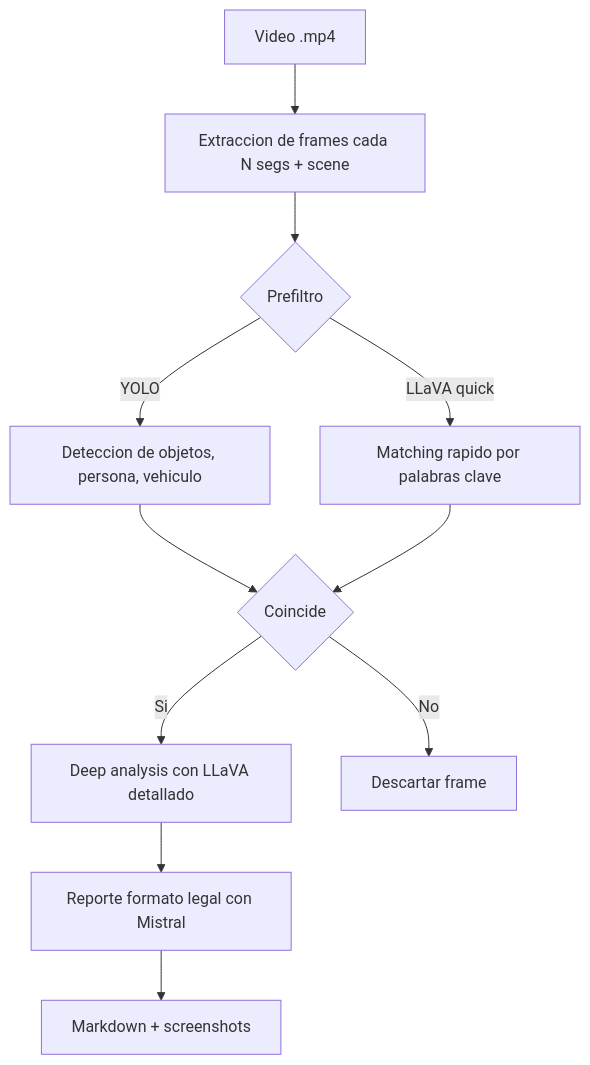
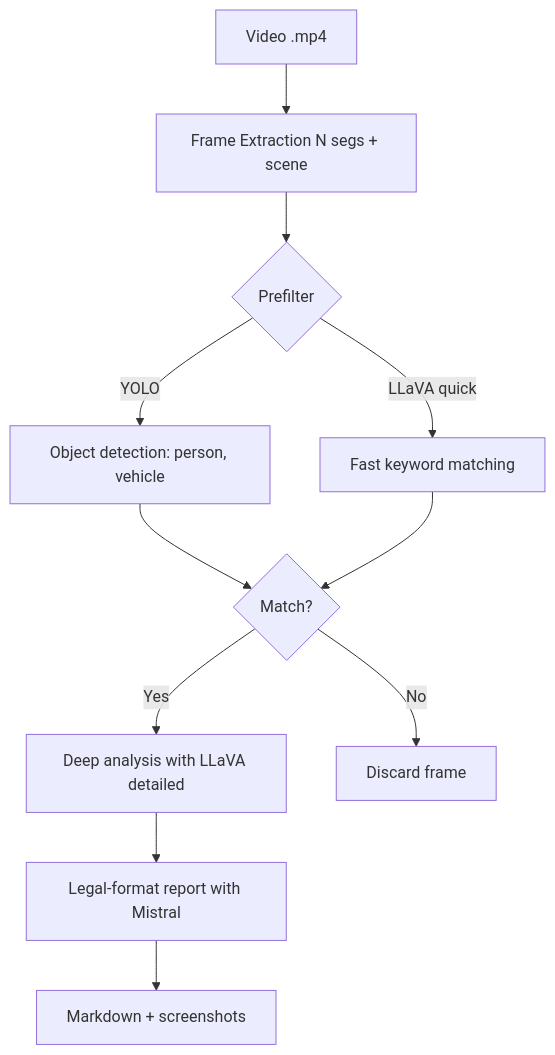
The third of 3 diagrams in README.md (matzalazar/vigilant), drawn with Mermaid before and after one commit. The commit also changed other lines of this file and 34 other files, not shown here.

````diff
--- a/README.md
+++ b/README.md
@@ -131,18 +136,18 @@
 ```mermaid
 flowchart TD
-    A[Video .mp4] --> B[Extraccion de frames cada N segs + scene]
+    A[Video .mp4] --> B[Frame Extraction N segs + scene]
     
-    B --> C{Prefiltro}
+    B --> C{Prefilter}
 
-    C -->|YOLO| D[Deteccion de objetos, persona, vehiculo]
-    C -->|LLaVA quick| E[Matching rapido por palabras clave]
+    C -->|YOLO| D[Object detection: person, vehicle]
+    C -->|LLaVA quick| E[Fast keyword matching]
 
-    D --> F{Coincide}
+    D --> F{Match?}
     E --> F
 
-    F -->|Si| G[Deep analysis con LLaVA detallado]
-    F -->|No| H[Descartar frame]
+    F -->|Yes| G[Deep analysis with LLaVA detailed]
+    F -->|No| H[Discard frame]
 
-    G --> I[Reporte formato legal con Mistral]
+    G --> I[Legal-format report with Mistral]
     I --> J[Markdown + screenshots]
 ```
````
